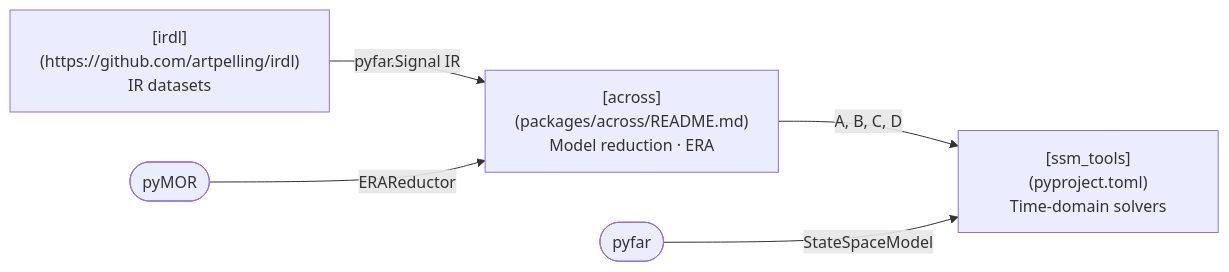
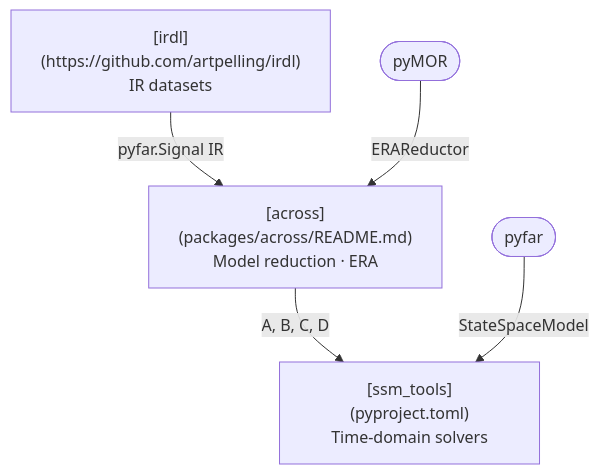
The diagram in README.md (artpelling/ssm-tools), drawn with Mermaid before and after one commit.

````diff
--- a/README.md
+++ b/README.md
@@ -5,14 +5,14 @@
 ```mermaid
-graph LR
+graph TD
     irdl["[irdl](https://github.com/artpelling/irdl)\nIR datasets"]
     across["[across](packages/across/README.md)\nModel reduction · ERA"]
     ssm["[ssm_tools](pyproject.toml)\nTime-domain solvers"]
 
     pyfar([pyfar])
     pymor([pyMOR])
 
     irdl -->|pyfar.Signal IR| across
     across -->|A, B, C, D| ssm
     pymor -->|ERAReductor| across
     pyfar -->|StateSpaceModel| ssm
 ```
````
